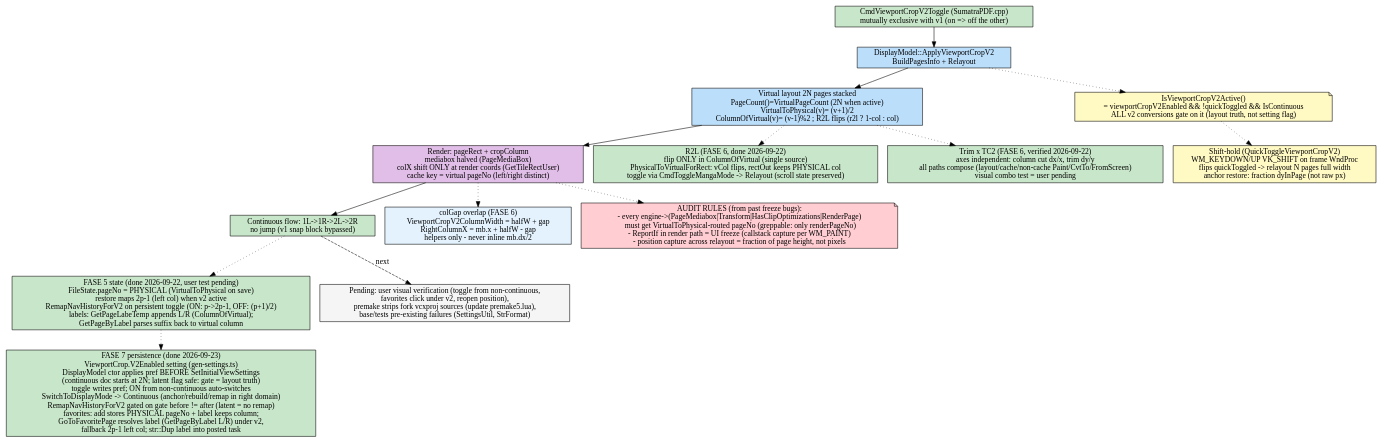
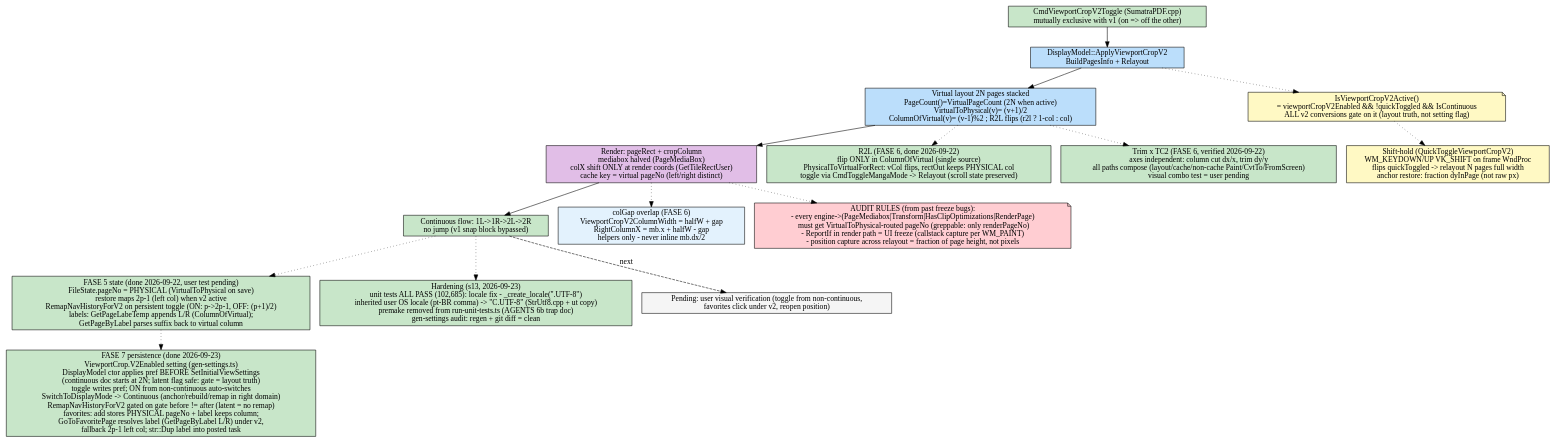
The diagram in FLOW/two-columns-v2.dot (FelipeTesta/TumatraPDF), drawn with Graphviz before and after one commit. The commit also changed 7 other files, not shown here.

First line of the commit message:
fix(locale): unit tests all pass — "C.UTF-8" invariant float formatting

```diff
--- a/FLOW/two-columns-v2.dot
+++ b/FLOW/two-columns-v2.dot
@@ -1,36 +1,39 @@
 digraph TwoColumnsV2 {
     rankdir=TB;
     node [shape=box, style=rounded];
 
     toggle [label="CmdViewportCropV2Toggle (SumatraPDF.cpp)\nmutually exclusive with v1 (on => off the other)", fillcolor="#c8e6c9", style=filled];
     apply [label="DisplayModel::ApplyViewportCropV2\nBuildPagesInfo + Relayout", fillcolor="#bbdefb", style=filled];
     layout [label="Virtual layout 2N pages stacked\nPageCount()=VirtualPageCount (2N when active)\nVirtualToPhysical(v)= (v+1)/2\nColumnOfVirtual(v)= (v-1)%2 ; R2L flips (r2l ? 1-col : col)", fillcolor="#bbdefb", style=filled];
     render [label="Render: pageRect + cropColumn\nmediabox halved (PageMediaBox)\ncolX shift ONLY at render coords (GetTileRectUser)\ncache key = virtual pageNo (left/right distinct)", fillcolor="#e1bee7", style=filled];
     scroll [label="Continuous flow: 1L->1R->2L->2R\nno jump (v1 snap block bypassed)", fillcolor="#c8e6c9", style=filled];
 
     gate [label="IsViewportCropV2Active()\n= viewportCropV2Enabled && !quickToggled && IsContinuous\nALL v2 conversions gate on it (layout truth, not setting flag)", shape=note, fillcolor="#fff9c4", style=filled];
     shifthold [label="Shift-hold (QuickToggleViewportCropV2)\nWM_KEYDOWN/UP VK_SHIFT on frame WndProc\nflips quickToggled -> relayout N pages full width\nanchor restore: fraction dyInPage (not raw px)", fillcolor="#fff9c4", style=filled];
     colgap [label="colGap overlap (FASE 6)\nViewportCropV2ColumnWidth = halfW + gap\nRightColumnX = mb.x + halfW - gap\nhelpers only - never inline mb.dx/2", fillcolor="#e3f2fd", style=filled];
 
     r2l [label="R2L (FASE 6, done 2026-09-22)\nflip ONLY in ColumnOfVirtual (single source)\nPhysicalToVirtualForRect: vCol flips, rectOut keeps PHYSICAL col\ntoggle via CmdToggleMangaMode -> Relayout (scroll state preserved)", fillcolor="#c8e6c9", style=filled];
     trimv2 [label="Trim x TC2 (FASE 6, verified 2026-09-22)\naxes independent: column cut dx/x, trim dy/y\nall paths compose (layout/cache/non-cache Paint/CvtTo/FromScreen)\nvisual combo test = user pending", fillcolor="#c8e6c9", style=filled];
 
     toggle -> apply -> layout -> render -> scroll;
     apply -> gate [style=dotted];
     gate -> shifthold [style=dotted];
     render -> colgap [style=dotted];
     layout -> r2l [style=dotted];
     layout -> trimv2 [style=dotted];
 
     state5 [label="FASE 5 state (done 2026-09-22, user test pending)\nFileState.pageNo = PHYSICAL (VirtualToPhysical on save)\nrestore maps 2p-1 (left col) when v2 active\nRemapNavHistoryForV2 on persistent toggle (ON: p->2p-1, OFF: (p+1)/2)\nlabels: GetPageLabeTemp appends L/R (ColumnOfVirtual);\nGetPageByLabel parses suffix back to virtual column", fillcolor="#c8e6c9", style=filled];
 
     state7 [label="FASE 7 persistence (done 2026-09-23)\nViewportCrop.V2Enabled setting (gen-settings.ts)\nDisplayModel ctor applies pref BEFORE SetInitialViewSettings\n(continuous doc starts at 2N; latent flag safe: gate = layout truth)\ntoggle writes pref; ON from non-continuous auto-switches\nSwitchToDisplayMode -> Continuous (anchor/rebuild/remap in right domain)\nRemapNavHistoryForV2 gated on gate before != after (latent = no remap)\nfavorites: add stores PHYSICAL pageNo + label keeps column;\nGoToFavoritePage resolves label (GetPageByLabel L/R) under v2,\nfallback 2p-1 left col; str::Dup label into posted task", fillcolor="#c8e6c9", style=filled];
     state5 -> state7 [style=dotted];
 
     rules [label="AUDIT RULES (from past freeze bugs):\n- every engine->(PageMediabox|Transform|HasClipOptimizations|RenderPage)\n  must get VirtualToPhysical-routed pageNo (greppable: only renderPageNo)\n- ReportIf in render path = UI freeze (callstack capture per WM_PAINT)\n- position capture across relayout = fraction of page height, not pixels", shape=note, fillcolor="#ffcdd2", style=filled];
     render -> rules [style=dotted];
     scroll -> state5 [style=dotted];
 
-    pending [label="Pending: user visual verification (toggle from non-continuous,\nfavorites click under v2, reopen position),\npremake strips fork vcxproj sources (update premake5.lua),\nbase/tests pre-existing failures (SettingsUtil, StrFormat)", fillcolor="#f5f5f5", style=filled];
+    hardening [label="Hardening (s13, 2026-09-23)\nunit tests ALL PASS (102,685): locale fix - _create_locale(\".UTF-8\")\ninherited user OS locale (pt-BR comma) -> \"C.UTF-8\" (StrUtf8.cpp + ut copy)\npremake removed from run-unit-tests.ts (AGENTS 6b trap doc)\ngen-settings audit: regen + git diff = clean", fillcolor="#c8e6c9", style=filled];
+    scroll -> hardening [style=dotted];
+
+    pending [label="Pending: user visual verification (toggle from non-continuous,\nfavorites click under v2, reopen position)", fillcolor="#f5f5f5", style=filled];
     scroll -> pending [style=dashed, label="next"];
 }
```
